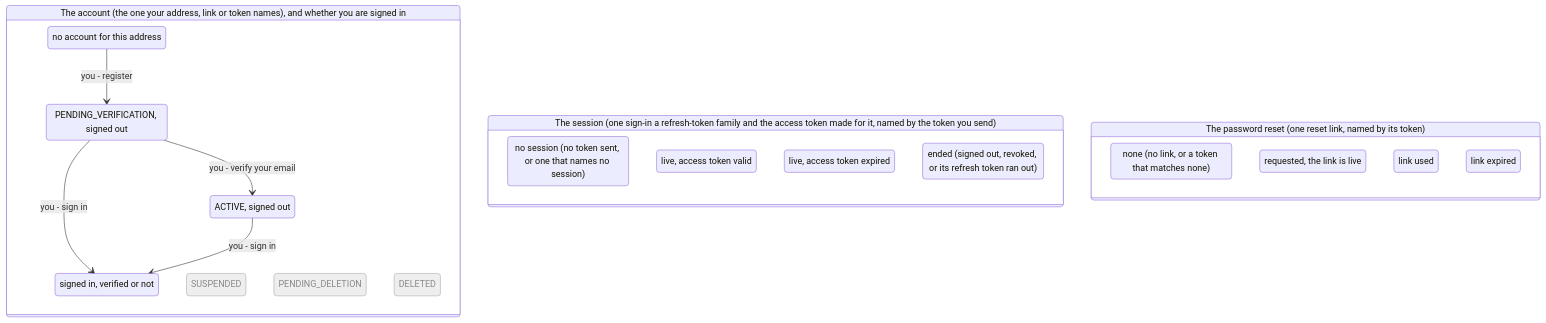
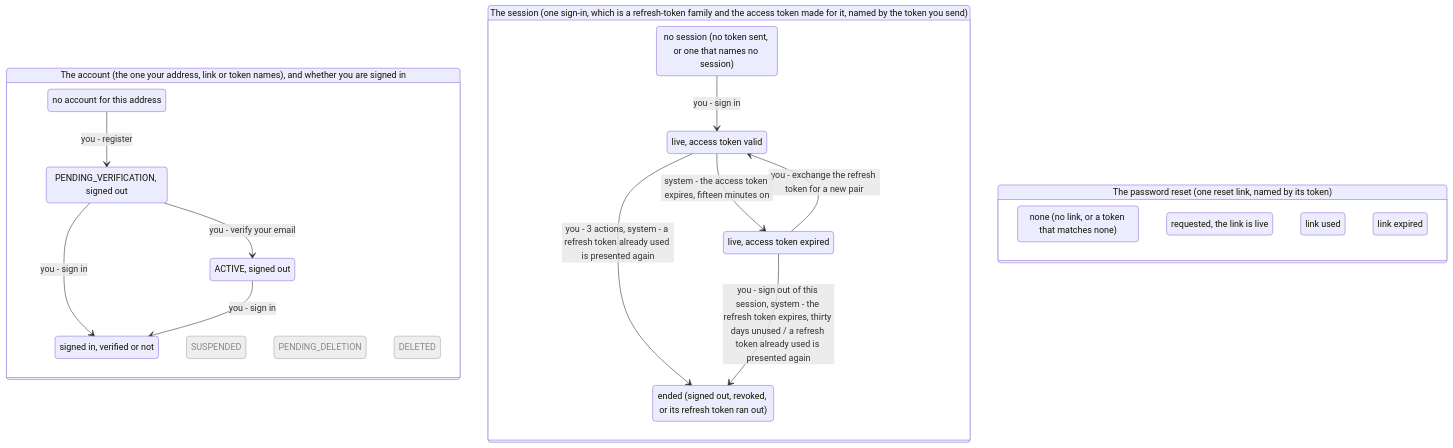
The diagram in docs/state-map/account.md (Ayodeji97/moyi-backend), drawn with Mermaid before and after one commit. The commit also changed other lines of this file and 3 other files, not shown here.

````diff
--- a/docs/state-map/account.md
+++ b/docs/state-map/account.md
@@ -7,32 +7,37 @@
 ```mermaid
 stateDiagram-v2
     state "The account (the one your address, link or token names), and whether you are signed in" as account {
         state "no account for this address" as account__ANONYMOUS
         state "PENDING_VERIFICATION, signed out" as account__PENDING_VERIFICATION
         state "ACTIVE, signed out" as account__ACTIVE_SIGNED_OUT
         state "signed in, verified or not" as account__SIGNED_IN
         state "SUSPENDED" as account__SUSPENDED
         state "PENDING_DELETION" as account__PENDING_DELETION
         state "DELETED" as account__DELETED
         account__ANONYMOUS --> account__PENDING_VERIFICATION: you - register
         account__PENDING_VERIFICATION --> account__ACTIVE_SIGNED_OUT: you - verify your email
         account__PENDING_VERIFICATION --> account__SIGNED_IN: you - sign in
         account__ACTIVE_SIGNED_OUT --> account__SIGNED_IN: you - sign in
     }
-    state "The session (one sign-in a refresh-token family and the access token made for it, named by the token you send)" as account_session {
+    state "The session (one sign-in, which is a refresh-token family and the access token made for it, named by the token you send)" as account_session {
         state "no session (no token sent, or one that names no session)" as account_session__NO_SESSION
         state "live, access token valid" as account_session__ACCESS_VALID
         state "live, access token expired" as account_session__ACCESS_EXPIRED
         state "ended (signed out, revoked, or its refresh token ran out)" as account_session__ENDED
+        account_session__NO_SESSION --> account_session__ACCESS_VALID: you - sign in
+        account_session__ACCESS_EXPIRED --> account_session__ACCESS_VALID: you - exchange the refresh token for a new pair
+        account_session__ACCESS_VALID --> account_session__ENDED: you - 3 actions, system - a refresh token already used is presented again
+        account_session__ACCESS_EXPIRED --> account_session__ENDED: you - sign out of this session, system - the refresh token expires, thirty days unused / a refresh token already used is presented again
+        account_session__ACCESS_VALID --> account_session__ACCESS_EXPIRED: system - the access token expires, fifteen minutes on
     }
     state "The password reset (one reset link, named by its token)" as account_reset {
         state "none (no link, or a token that matches none)" as account_reset__NONE
         state "requested, the link is live" as account_reset__REQUESTED
         state "link used" as account_reset__USED
         state "link expired" as account_reset__EXPIRED
     }
     classDef unbuilt fill:#eeeeee,stroke:#aaaaaa,color:#888888
     class account__SUSPENDED unbuilt
     class account__PENDING_DELETION unbuilt
     class account__DELETED unbuilt
 ```
````
